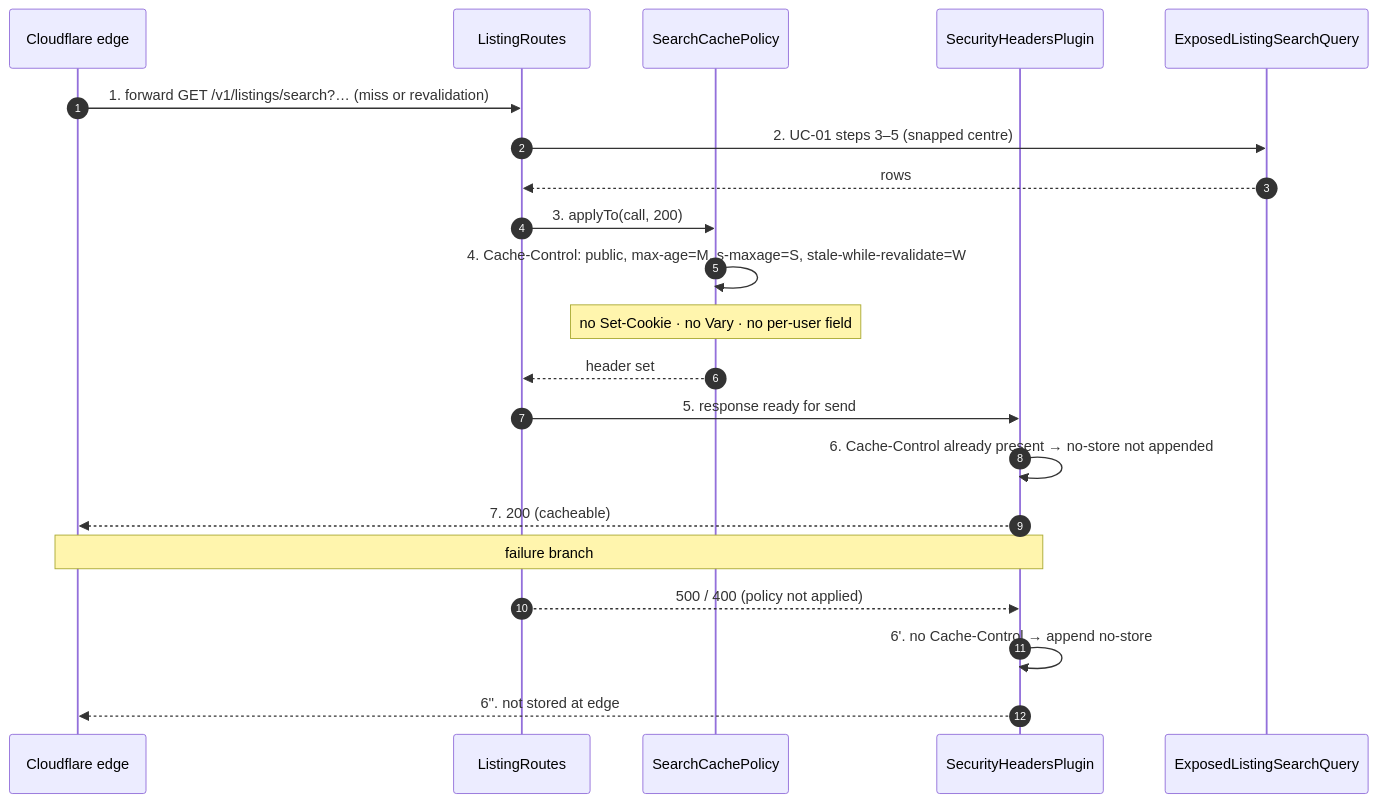
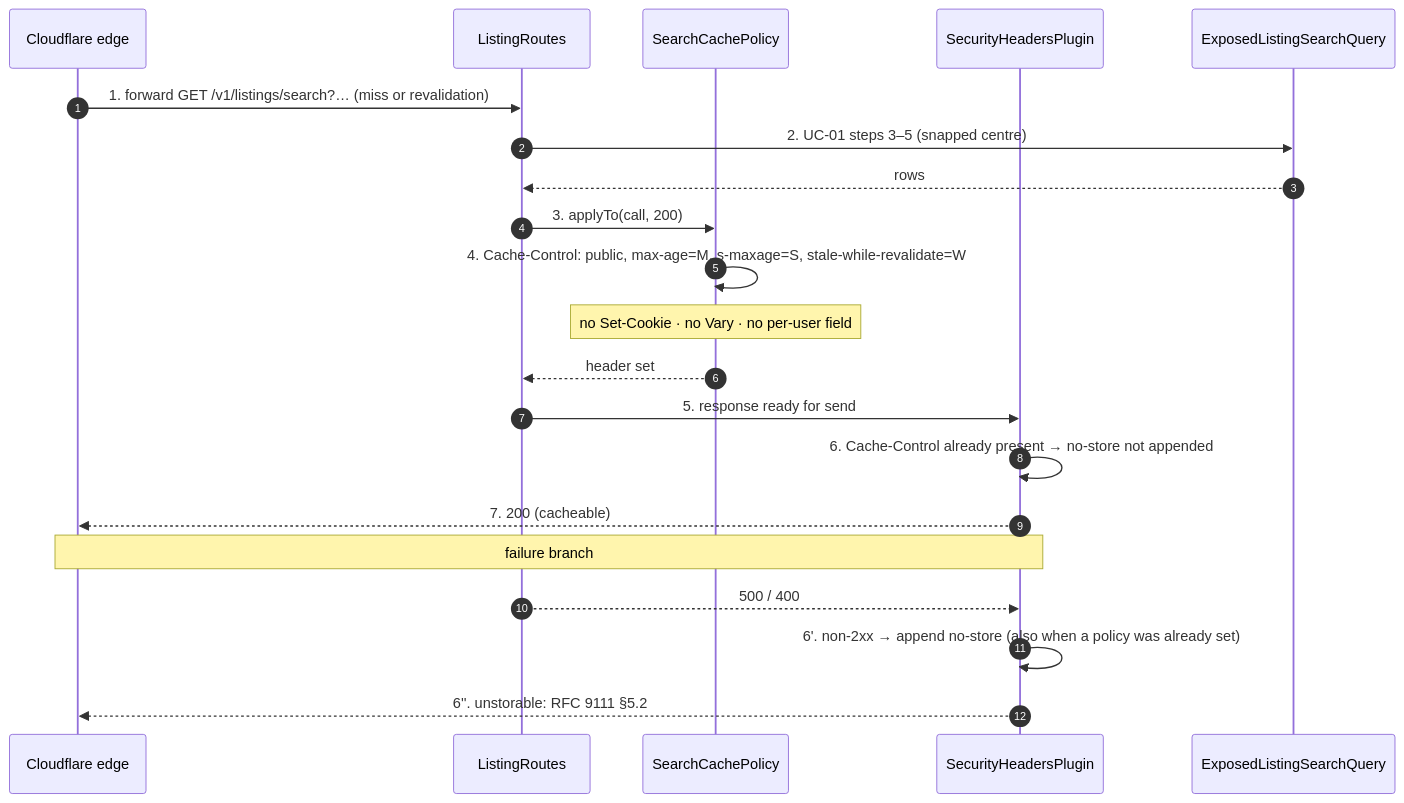
Before and after one commit to Losers-Lab/tahirs-list: the diagram in docs/features/SC-199/06-whitebox/UC-02-edge-serving.md, drawn with Mermaid. The commit also changed 8 other files, not shown here.

````diff
--- a/docs/features/SC-199/06-whitebox/UC-02-edge-serving.md
+++ b/docs/features/SC-199/06-whitebox/UC-02-edge-serving.md
@@ -6,25 +6,25 @@
 ```mermaid
 sequenceDiagram
   autonumber
   participant E as Cloudflare edge
   participant R as ListingRoutes
   participant CP as SearchCachePolicy
   participant SP as SecurityHeadersPlugin
   participant Q as ExposedListingSearchQuery
 
   E->>R: 1. forward GET /v1/listings/search?… (miss or revalidation)
   R->>Q: 2. UC-01 steps 3–5 (snapped centre)
   Q-->>R: rows
   R->>CP: 3. applyTo(call, 200)
   CP->>CP: 4. Cache-Control: public, max-age=M, s-maxage=S, stale-while-revalidate=W
   Note over CP: no Set-Cookie · no Vary · no per-user field
   CP-->>R: header set
   R->>SP: 5. response ready for send
   SP->>SP: 6. Cache-Control already present → no-store not appended
   SP-->>E: 7. 200 (cacheable)
 
   Note over E,SP: failure branch
-  R-->>SP: 500 / 400 (policy not applied)
-  SP->>SP: 6'. no Cache-Control → append no-store
-  SP-->>E: 6''. not stored at edge
+  R-->>SP: 500 / 400
+  SP->>SP: 6'. non-2xx → append no-store (also when a policy was already set)
+  SP-->>E: 6''. unstorable: RFC 9111 §5.2
 ```
````
